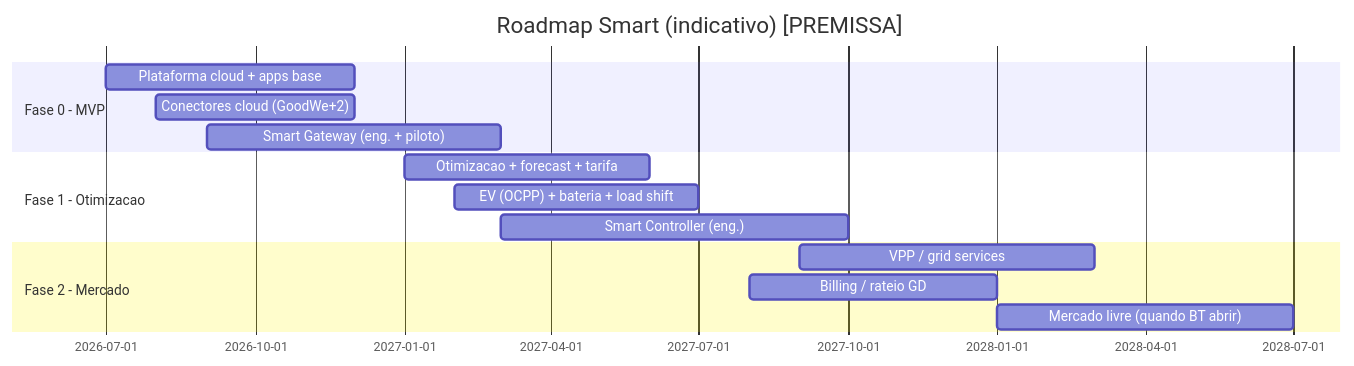
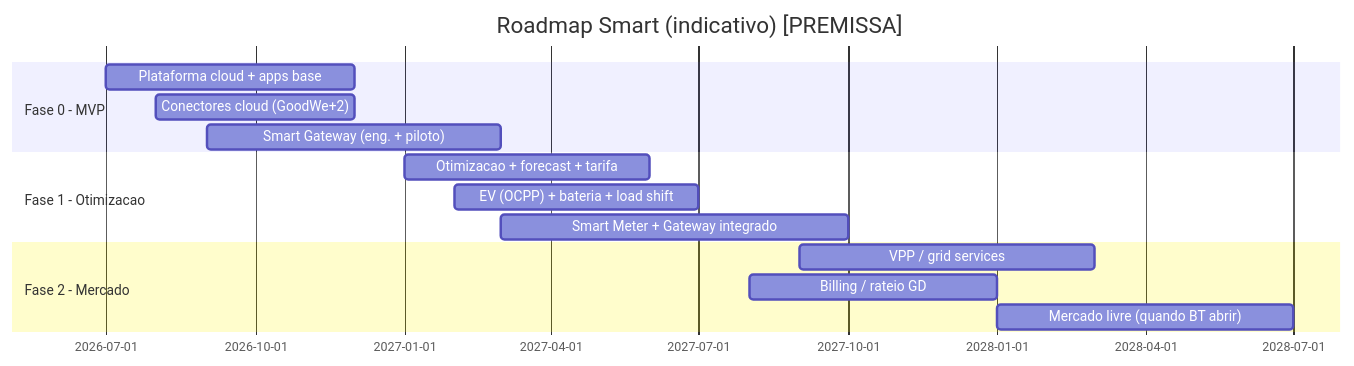
One commit to marcusvinisa/repo-teste changed the diagram in docs/smart/12-roadmap-e-faseamento.md. Above: the diagram before and after it, drawn with Mermaid. The commit also changed other lines of this file and 11 other files, not shown here.

````diff
--- a/docs/smart/12-roadmap-e-faseamento.md
+++ b/docs/smart/12-roadmap-e-faseamento.md
@@ -9,17 +9,17 @@
 ```mermaid
 gantt
   title Roadmap Smart (indicativo) [PREMISSA]
   dateFormat  YYYY-MM
   section Fase 0 - MVP
   Plataforma cloud + apps base      :f0a, 2026-07, 5M
   Conectores cloud (GoodWe+2)       :f0b, 2026-08, 4M
   Smart Gateway (eng. + piloto)     :f0c, 2026-09, 6M
   section Fase 1 - Otimizacao
   Otimizacao + forecast + tarifa    :f1a, 2027-01, 5M
   EV (OCPP) + bateria + load shift  :f1b, 2027-02, 5M
-  Smart Controller (eng.)           :f1c, 2027-03, 7M
+  Smart Meter + Gateway integrado   :f1c, 2027-03, 7M
   section Fase 2 - Mercado
   VPP / grid services               :f2a, 2027-09, 6M
   Billing / rateio GD               :f2b, 2027-08, 5M
   Mercado livre (quando BT abrir)   :f2c, 2028-01, 6M
 ```
````
